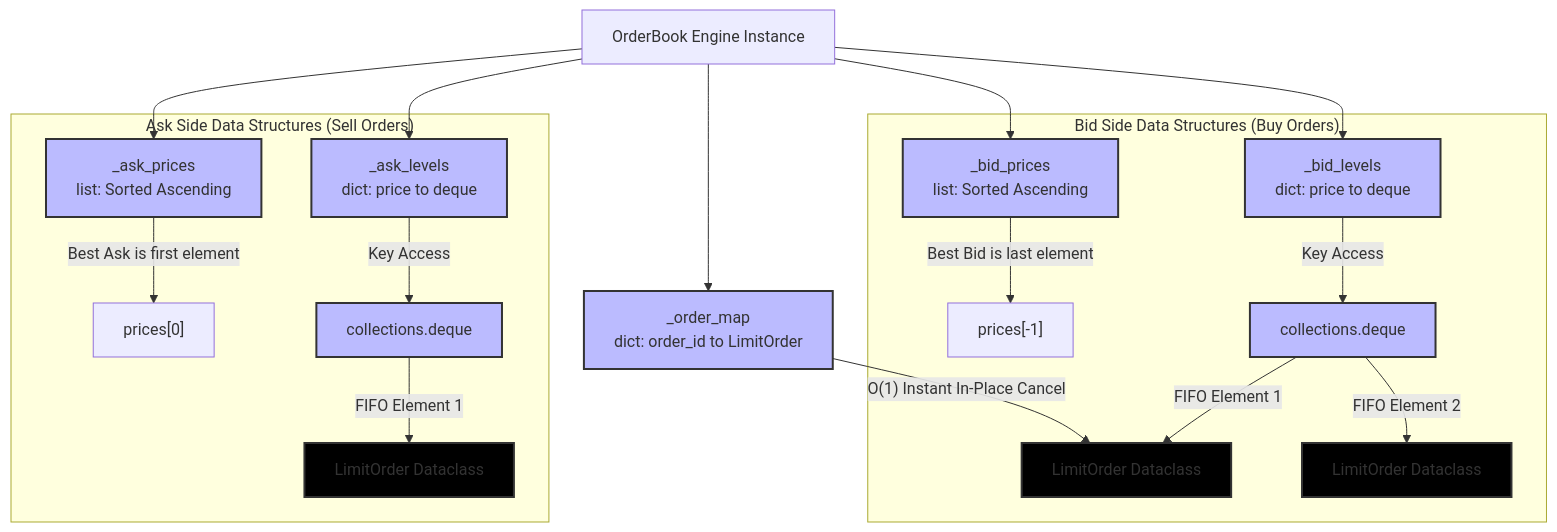
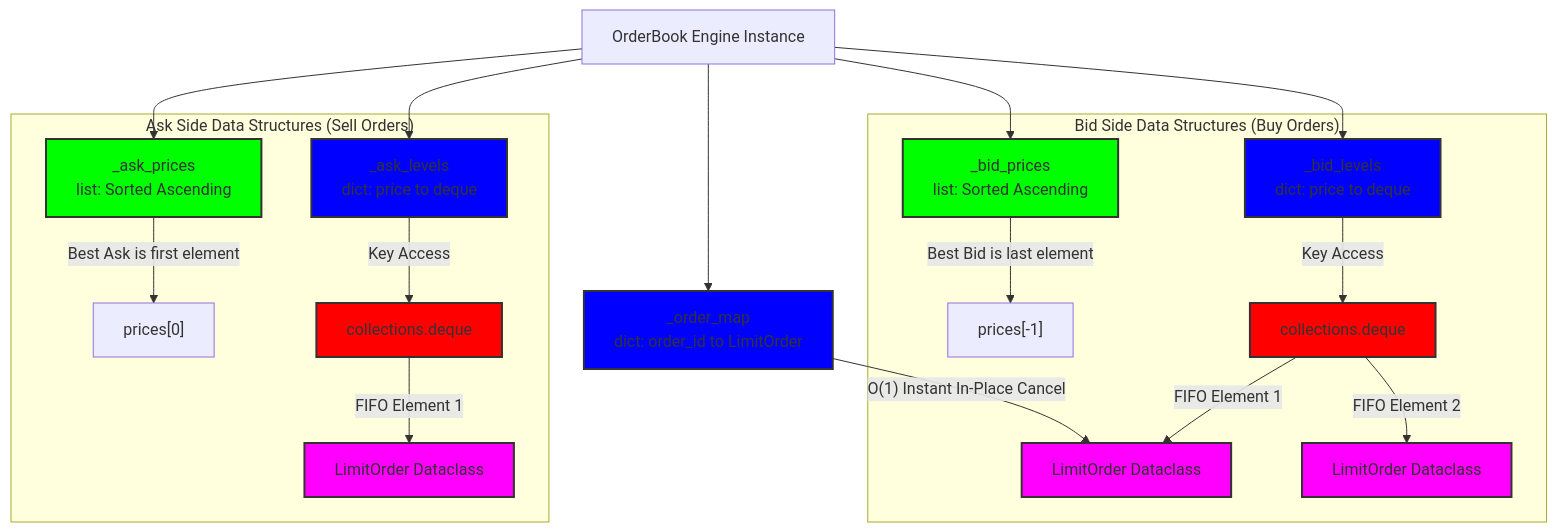
The diagram in README.md (MFarooq07/lob-matching-engine), drawn with Mermaid before and after one commit.

````diff
--- a/README.md
+++ b/README.md
@@ -4,40 +4,40 @@
 ```mermaid
 flowchart TD
     %% Style Formats
-    classDef mapStyle fill:#bbf,stroke:#333,stroke-width:2px;
-    classDef listStyle fill:#bbf,stroke:#333,stroke-width:2px;
-    classDef queueStyle fill:#bbf,stroke:#333,stroke-width:2px;
-    classDef modelStyle fill:#000,stroke:#333,stroke-width:2px;
+    classDef mapStyle fill:#00f,stroke:#333,stroke-width:2px;
+    classDef listStyle fill:#0f0,stroke:#333,stroke-width:2px;
+    classDef queueStyle fill:#f00,stroke:#333,stroke-width:2px;
+    classDef modelStyle fill:#f0f,stroke:#333,stroke-width:2px;
 
     %% Base Structural Framework
     OrderBook[OrderBook Engine Instance] --> orderMap
     OrderBook --> bidPrices
     OrderBook --> bidLevels
     OrderBook --> askPrices
     OrderBook --> askLevels
 
     %% Core Map Lookup Index
     orderMap["_order_map<br>dict: order_id to LimitOrder"]:::mapStyle
     orderMap -->|"O(1) Instant In-Place Cancel"| loResting1
 
     %% Bid Side Data Configurations
     subgraph bid_side ["Bid Side Data Structures (Buy Orders)"]
         bidPrices["_bid_prices<br>list: Sorted Ascending"]:::listStyle
         bidLevels["_bid_levels<br>dict: price to deque"]:::mapStyle
         
         bidPrices -->|"Best Bid is last element"| bestBid["prices[-1]"]
         bidLevels -->|"Key Access"| bidDeque["collections.deque"]:::queueStyle
         bidDeque -->|"FIFO Element 1"| loResting1["LimitOrder Dataclass"]:::modelStyle
         bidDeque -->|"FIFO Element 2"| loResting2["LimitOrder Dataclass"]:::modelStyle
     end
 
     %% Ask Side Data Configurations
     subgraph ask_side ["Ask Side Data Structures (Sell Orders)"]
         askPrices["_ask_prices<br>list: Sorted Ascending"]:::listStyle
         askLevels["_ask_levels<br>dict: price to deque"]:::mapStyle
         
         askPrices -->|"Best Ask is first element"| bestAsk["prices[0]"]
         askLevels -->|"Key Access"| askDeque["collections.deque"]:::queueStyle
         askDeque -->|"FIFO Element 1"| loResting3["LimitOrder Dataclass"]:::modelStyle
     end
 ```
````
